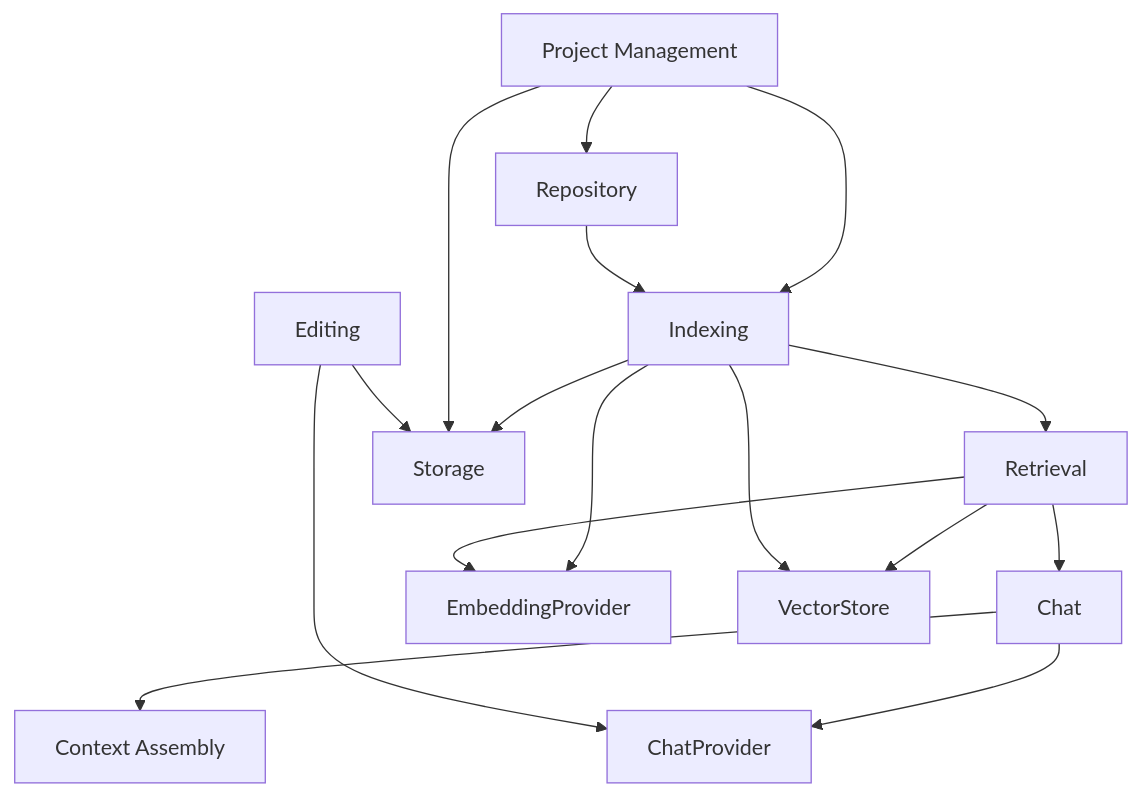
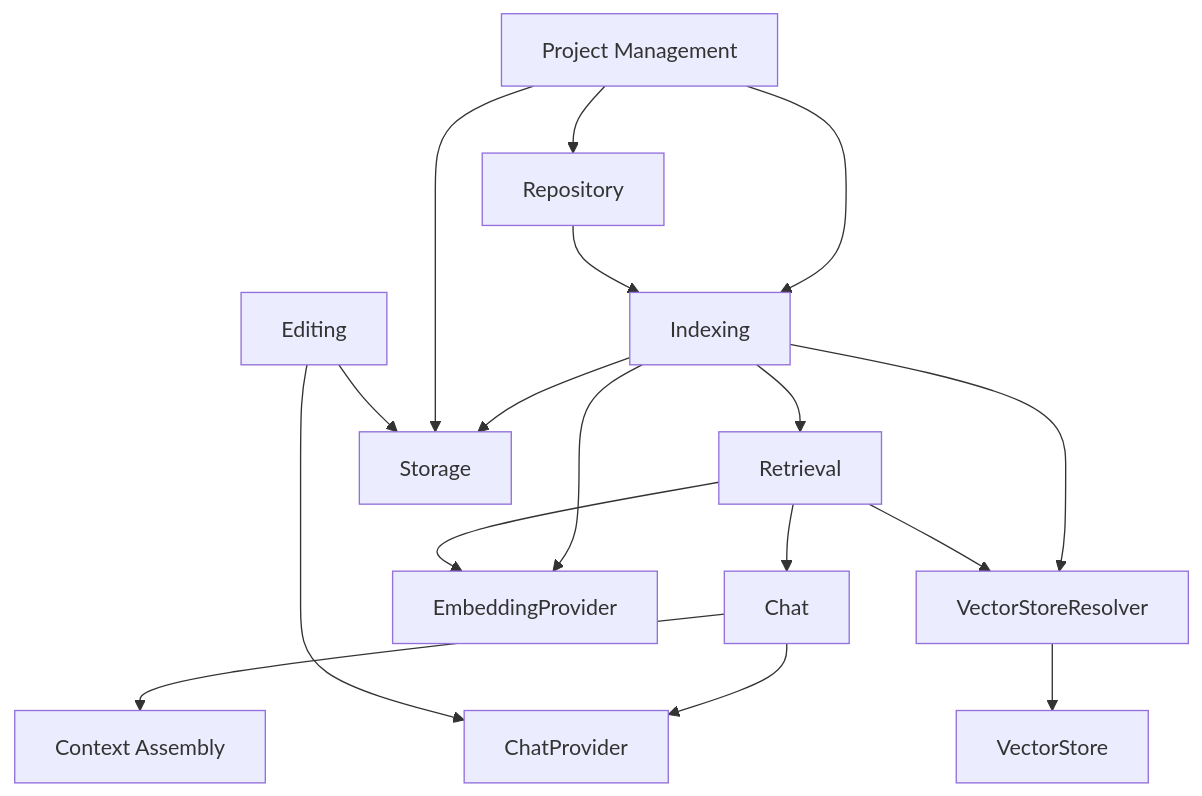
Before and after one commit to Smit-whitespace/repository-intelligence-platform: the diagram in docs/reference/dependency-map.md, drawn with Mermaid. The commit also changed other lines of this file and 75 other files, not shown here.

````diff
--- a/docs/reference/dependency-map.md
+++ b/docs/reference/dependency-map.md
@@ -10,18 +10,19 @@
 ```mermaid
 graph TD
     PM["Project Management"] --> REPO["Repository"]
     PM --> IDX["Indexing"]
     REPO --> IDX
     IDX --> RET["Retrieval"]
     RET --> CHAT["Chat"]
     CHAT --> CA["Context Assembly"]
     CHAT --> LLM["ChatProvider"]
     IDX --> STO["Storage"]
     PM --> STO
     EDIT["Editing"] --> STO
     EDIT --> LLM
     IDX --> EMB["EmbeddingProvider"]
     RET --> EMB
-    RET --> VS["VectorStore"]
-    IDX --> VS
+    IDX --> VR["VectorStoreResolver"]
+    RET --> VR
+    VR --> VS["VectorStore"]
 ```
````
